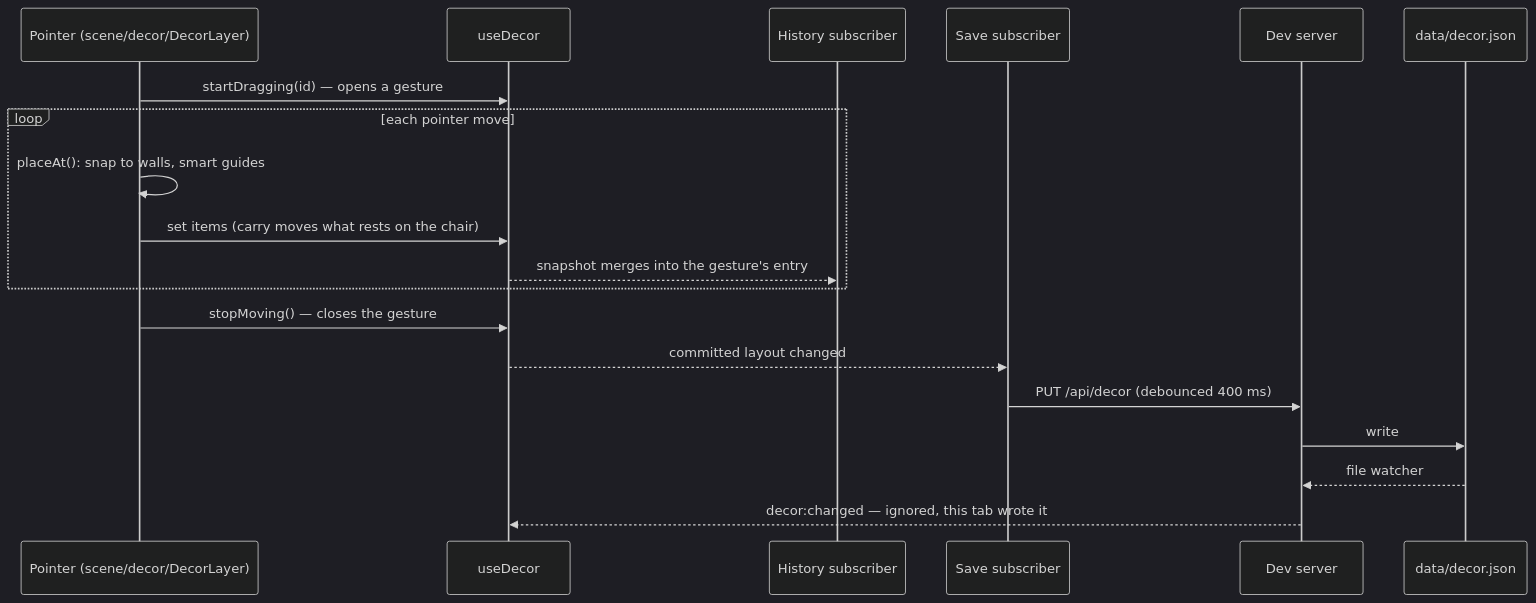
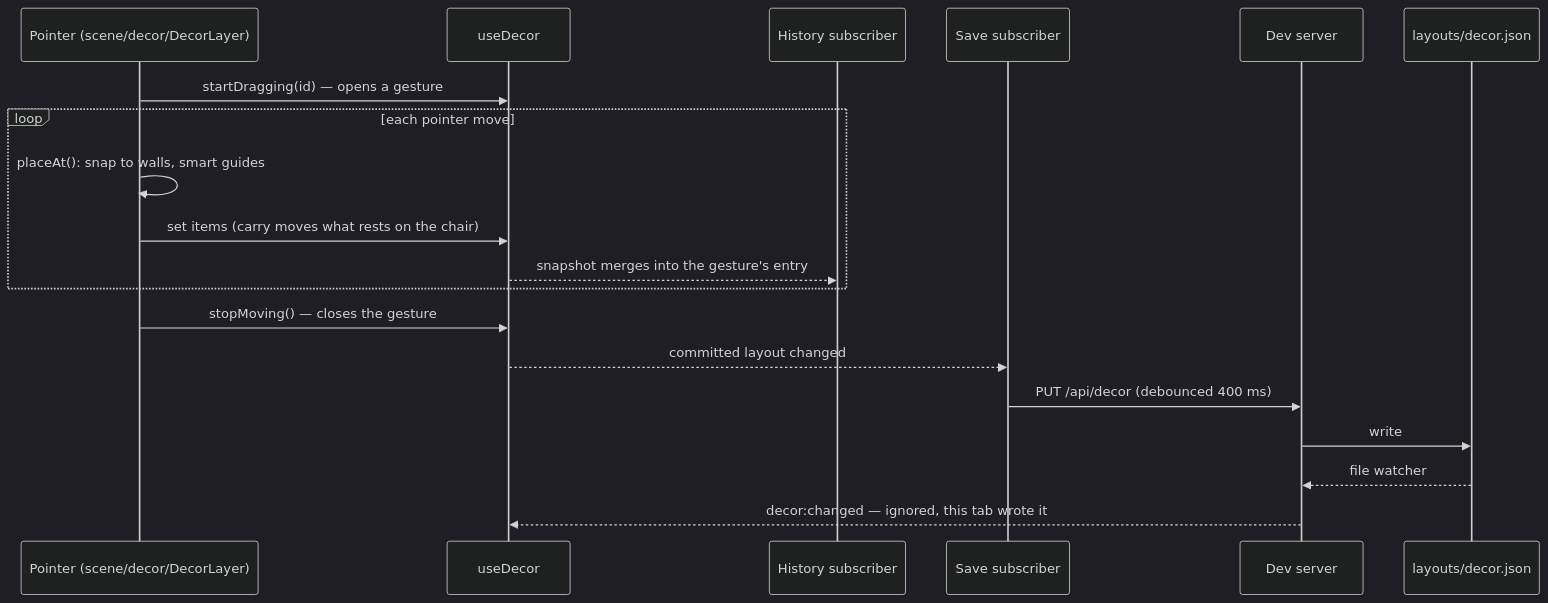
One commit to juancuiule/floorplan changed the second of 2 diagrams in docs/architecture.md. Above: the diagram before and after it, drawn with Mermaid (dark theme). The commit also changed other lines of this file and 87 other files, not shown here.

````diff
--- a/docs/architecture.md
+++ b/docs/architecture.md
@@ -68,21 +68,21 @@
 ```mermaid
 sequenceDiagram
   participant P as Pointer (scene/decor/DecorLayer)
   participant S as useDecor
   participant H as History subscriber
   participant W as Save subscriber
   participant D as Dev server
-  participant F as data/decor.json
+  participant F as layouts/decor.json
   P->>S: startDragging(id) — opens a gesture
   loop each pointer move
     P->>P: placeAt(): snap to walls, smart guides
     P->>S: set items (carry moves what rests on the chair)
     S-->>H: snapshot merges into the gesture's entry
   end
   P->>S: stopMoving() — closes the gesture
   S-->>W: committed layout changed
   W->>D: PUT /api/decor (debounced 400 ms)
   D->>F: write
   F-->>D: file watcher
   D-->>S: decor:changed — ignored, this tab wrote it
 ```
````
